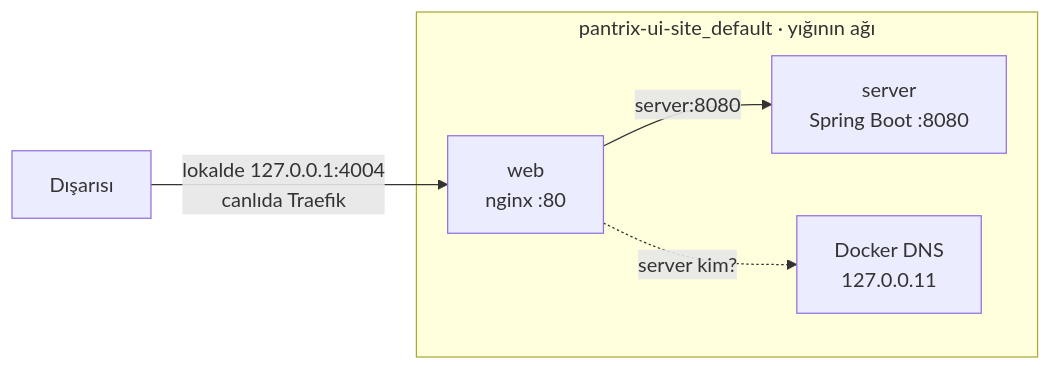
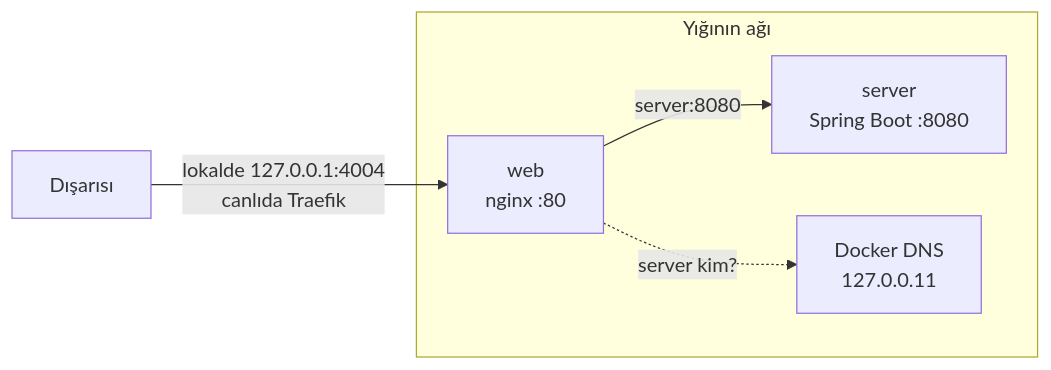
The seventh of 10 diagrams in docs/deploy/ARCHITECTURE_GUIDE.md (develappsancho/pantrix-ui-site), drawn with Mermaid before and after one commit. The commit also changed other lines of this file and 12 other files, not shown here.

Commit message:
[DOCS][Add a picture of each architecture diagram and the script that draws them, and Fold the diagrams' Mermaid sources under them]

````diff
--- a/docs/deploy/ARCHITECTURE_GUIDE.md
+++ b/docs/deploy/ARCHITECTURE_GUIDE.md
@@ -189,9 +236,9 @@
 ```mermaid
 flowchart LR
-    subgraph net["pantrix-ui-site_default · yığının ağı"]
+    subgraph net["Yığının ağı"]
         web["web<br/>nginx :80"] -- "server:8080" --> server["server<br/>Spring Boot :8080"]
         dns["Docker DNS<br/>127.0.0.11"]
         web -. "server kim?" .-> dns
     end
     out["Dışarısı"] -- "lokalde 127.0.0.1:4004<br/>canlıda Traefik" --> web
 ```
````
